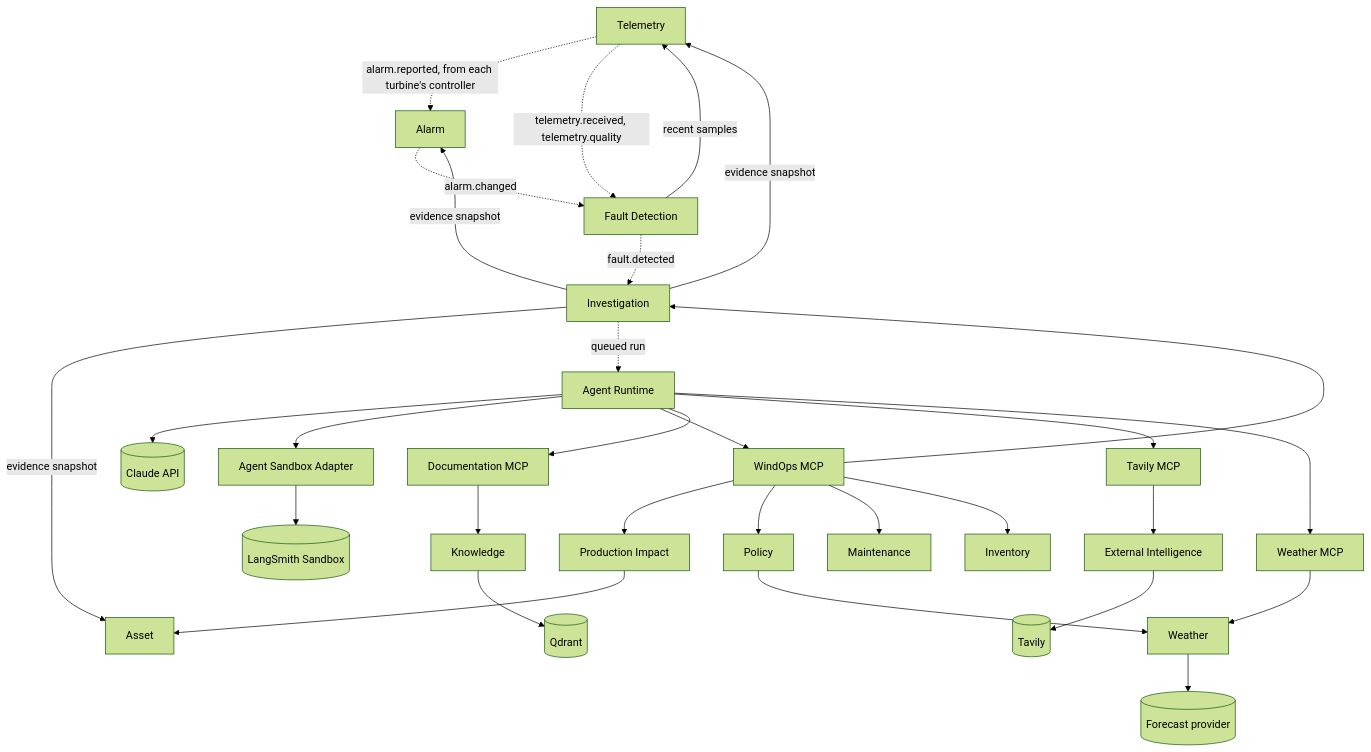
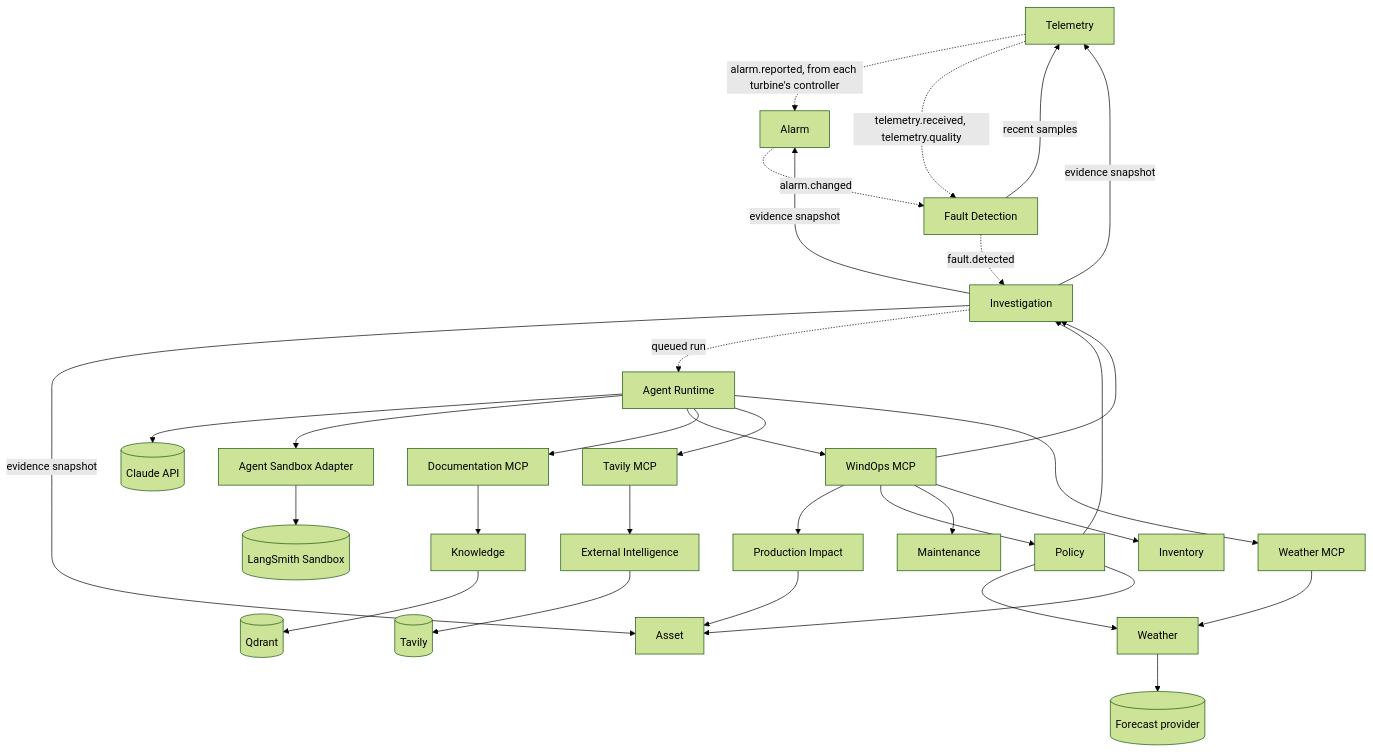
One commit to wasif1024/windops-ai changed the second of 5 diagrams in docs/service-map.md. Above: the diagram before and after it, drawn with Mermaid (forest theme). The commit also changed other lines of this file and 47 other files, not shown here.

````diff
--- a/docs/service-map.md
+++ b/docs/service-map.md
@@ -54,32 +54,34 @@
 ```mermaid
 flowchart TB
     Telemetry -.->|alarm.reported, from each turbine's controller| Alarm
     Telemetry -.->|telemetry.received, telemetry.quality| Fault["Fault Detection"]
     Alarm -.->|alarm.changed| Fault
     Fault -->|recent samples| Telemetry
     Fault -.->|fault.detected| Investigation
     Investigation -->|evidence snapshot| Telemetry
     Investigation -->|evidence snapshot| Alarm
     Investigation -->|evidence snapshot| Asset
     Investigation -.->|queued run| Runtime["Agent Runtime"]
     Runtime --> Claude[("Claude API")]
     Runtime --> Sandbox["Agent Sandbox Adapter"]
     Sandbox --> LangSmith[("LangSmith Sandbox")]
     Runtime --> Core["WindOps MCP"]
     Runtime --> Docs["Documentation MCP"]
     Runtime --> TavilyMCP["Tavily MCP"]
     Runtime --> WeatherMCP["Weather MCP"]
     Docs --> Knowledge
     Knowledge --> Qdrant[("Qdrant")]
     TavilyMCP --> External["External Intelligence"]
     External --> Tavily[("Tavily")]
     WeatherMCP --> Weather
     Weather --> Forecast[("Forecast provider")]
     Core --> Impact["Production Impact"]
     Core --> Policy
     Core --> Maintenance
     Core --> Inventory
     Core --> Investigation
     Policy --> Weather
+    Policy --> Investigation
+    Policy --> Asset
     Impact --> Asset
 ```
````
